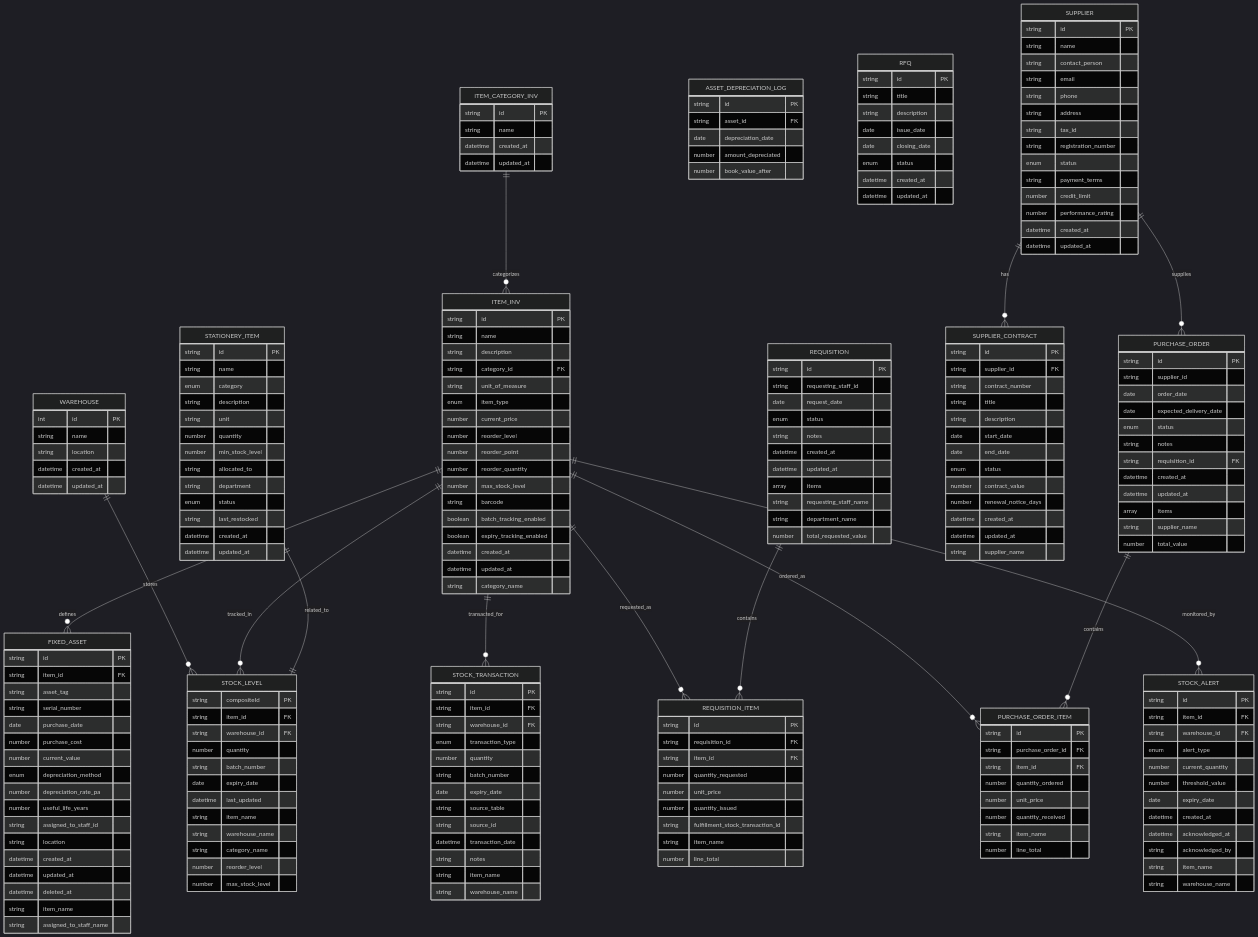
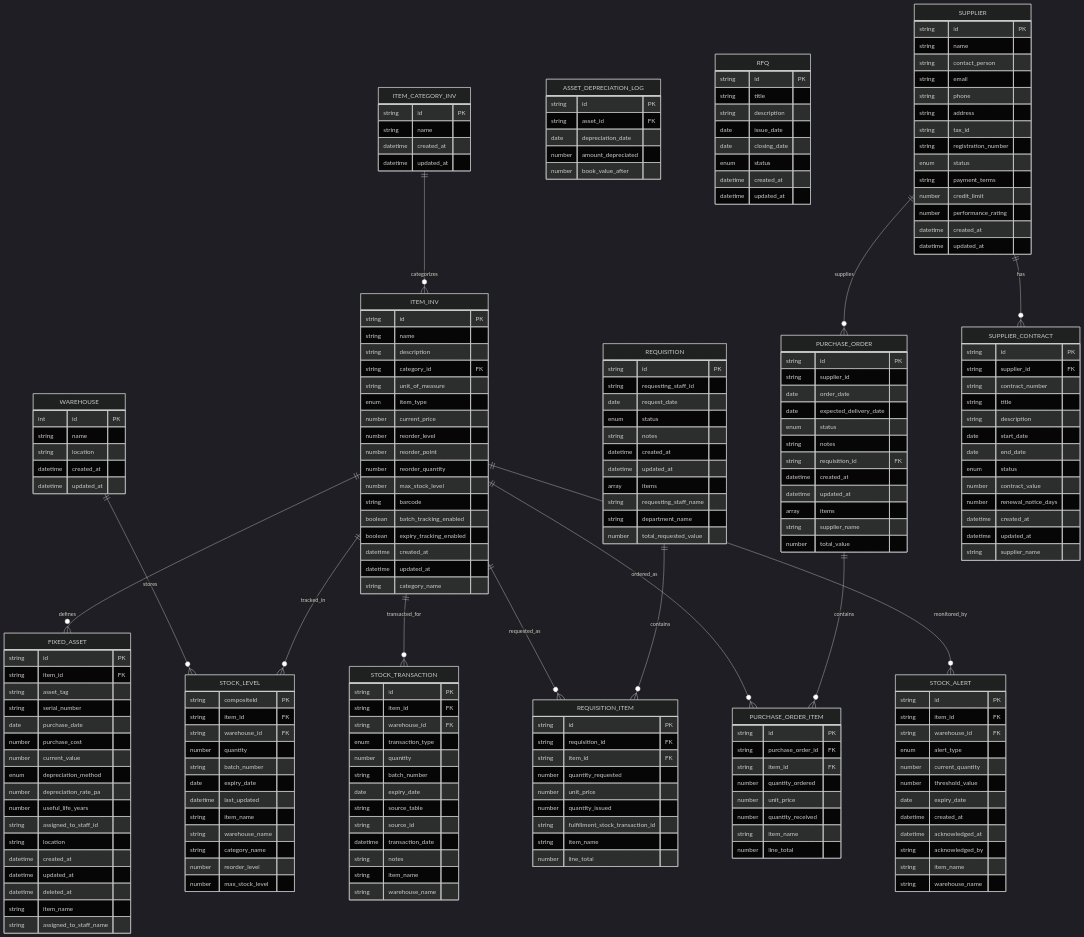
Before and after one commit to geniusdynamics/schoolpilot: the third of 9 diagrams in .qoder/repowiki/en/content/Modules System/Inventory Module.md, drawn with Mermaid (dark theme). The commit also changed other lines of this file and 311 other files, not shown here.

````diff
--- a/.qoder/repowiki/en/content/Modules System/Inventory Module.md
+++ b/.qoder/repowiki/en/content/Modules System/Inventory Module.md
@@ -678,21 +534,6 @@
 string item_name
 string warehouse_name
 }
-STATIONERY_ITEM {
-string id PK
-string name
-enum category
-string description
-string unit
-number quantity
-number min_stock_level
-string allocated_to
-string department
-enum status
-string last_restocked
-datetime created_at
-datetime updated_at
-}
 WAREHOUSE ||--o{ STOCK_LEVEL : "stores"
 ITEM_CATEGORY_INV ||--o{ ITEM_INV : "categorizes"
 ITEM_INV ||--o{ FIXED_ASSET : "defines"
@@ -705,5 +546,4 @@
 PURCHASE_ORDER ||--o{ PURCHASE_ORDER_ITEM : "contains"
 SUPPLIER ||--o{ PURCHASE_ORDER : "supplies"
 SUPPLIER ||--o{ SUPPLIER_CONTRACT : "has"
-STATIONERY_ITEM ||--|| STOCK_LEVEL : "related_to"
 ```
````
